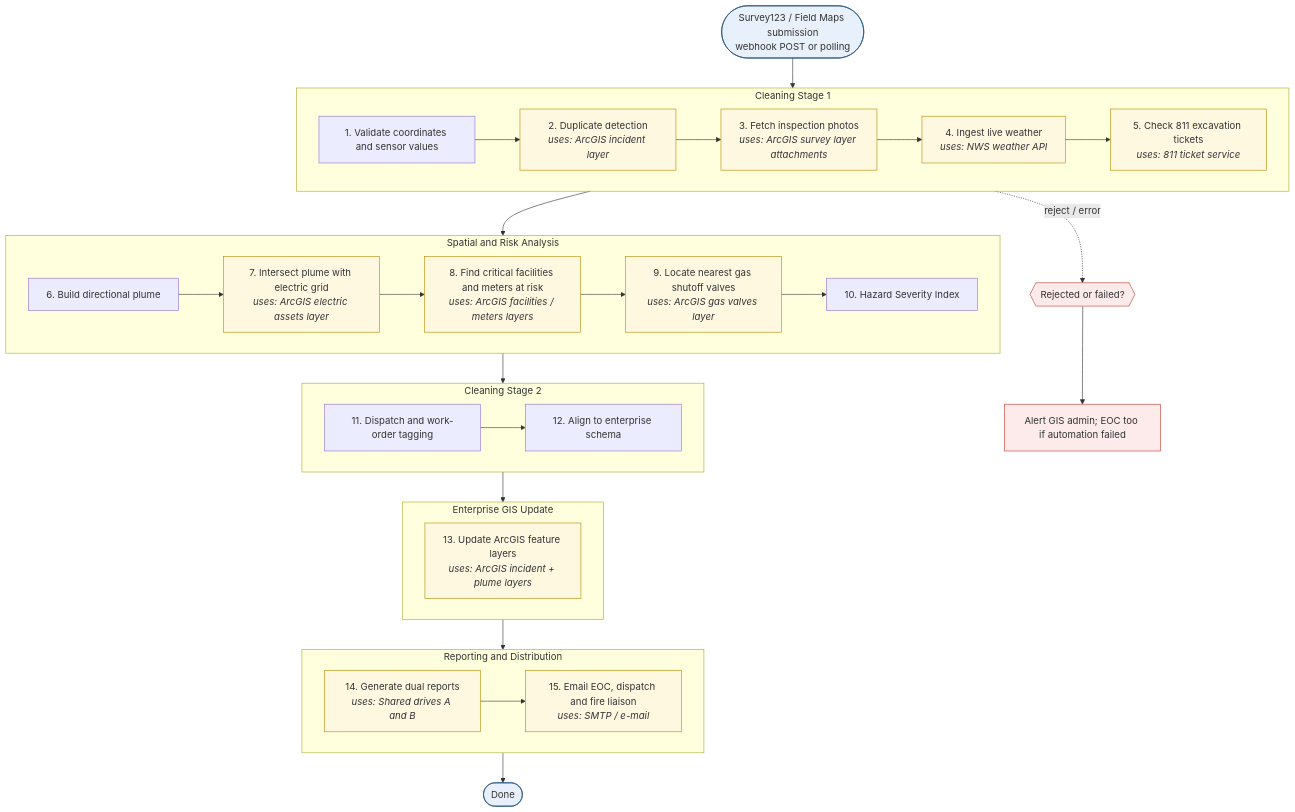
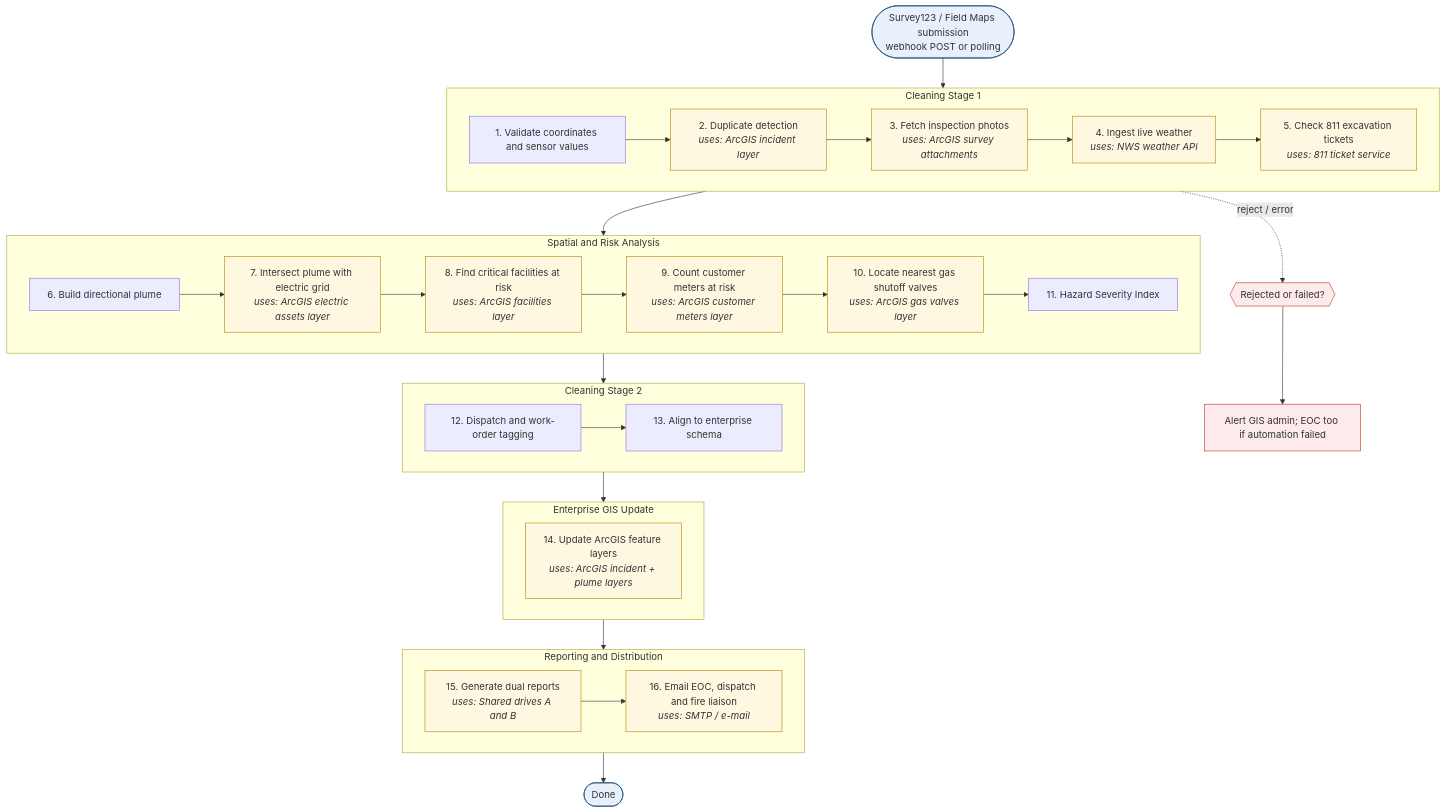
Before and after one commit to matthew-lottly/Esri-Automation-and-Processing-Scripts: the diagram in products/gas-electric-leak-response/README.md, drawn with Mermaid. The commit also changed other lines of this file and 79 other files, not shown here.

First line of the commit message:
Jinja2 report templates, zoomed submission map, animated diagrams, OOP pass

````diff
--- a/products/gas-electric-leak-response/README.md
+++ b/products/gas-electric-leak-response/README.md
@@ -58,51 +74,52 @@
 ```mermaid
 flowchart TD
   T(["Survey123 / Field Maps submission<br/>webhook POST or polling"]):::trigger
   subgraph G0["Cleaning Stage 1"]
     direction LR
     S0["1. Validate coordinates and sensor values"]
     S1["2. Duplicate detection<br/><i>uses: ArcGIS incident layer</i>"]:::ext
-    S2["3. Fetch inspection photos<br/><i>uses: ArcGIS survey layer attachments</i>"]:::ext
+    S2["3. Fetch inspection photos<br/><i>uses: ArcGIS survey attachments</i>"]:::ext
     S3["4. Ingest live weather<br/><i>uses: NWS weather API</i>"]:::ext
     S4["5. Check 811 excavation tickets<br/><i>uses: 811 ticket service</i>"]:::ext
     S0 --> S1 --> S2 --> S3 --> S4
   end
   subgraph G1["Spatial and Risk Analysis"]
     direction LR
     S5["6. Build directional plume"]
     S6["7. Intersect plume with electric grid<br/><i>uses: ArcGIS electric assets layer</i>"]:::ext
-    S7["8. Find critical facilities and meters at risk<br/><i>uses: ArcGIS facilities / meters layers</i>"]:::ext
-    S8["9. Locate nearest gas shutoff valves<br/><i>uses: ArcGIS gas valves layer</i>"]:::ext
-    S9["10. Hazard Severity Index"]
-    S5 --> S6 --> S7 --> S8 --> S9
+    S7["8. Find critical facilities at risk<br/><i>uses: ArcGIS facilities layer</i>"]:::ext
+    S8["9. Count customer meters at risk<br/><i>uses: ArcGIS customer meters layer</i>"]:::ext
+    S9["10. Locate nearest gas shutoff valves<br/><i>uses: ArcGIS gas valves layer</i>"]:::ext
+    S10["11. Hazard Severity Index"]
+    S5 --> S6 --> S7 --> S8 --> S9 --> S10
   end
   subgraph G2["Cleaning Stage 2"]
     direction LR
-    S10["11. Dispatch and work-order tagging"]
-    S11["12. Align to enterprise schema"]
-    S10 --> S11
+    S11["12. Dispatch and work-order tagging"]
+    S12["13. Align to enterprise schema"]
+    S11 --> S12
   end
   subgraph G3["Enterprise GIS Update"]
     direction LR
-    S12["13. Update ArcGIS feature layers<br/><i>uses: ArcGIS incident + plume layers</i>"]:::ext
+    S13["14. Update ArcGIS feature layers<br/><i>uses: ArcGIS incident + plume layers</i>"]:::ext
   end
   subgraph G4["Reporting and Distribution"]
     direction LR
-    S13["14. Generate dual reports<br/><i>uses: Shared drives A and B</i>"]:::ext
-    S14["15. Email EOC, dispatch and fire liaison<br/><i>uses: SMTP / e-mail</i>"]:::ext
-    S13 --> S14
+    S14["15. Generate dual reports<br/><i>uses: Shared drives A and B</i>"]:::ext
+    S15["16. Email EOC, dispatch and fire liaison<br/><i>uses: SMTP / e-mail</i>"]:::ext
+    S14 --> S15
   end
   T --> S0
   S4 --> S5
-  S9 --> S10
-  S11 --> S12
+  S10 --> S11
   S12 --> S13
+  S13 --> S14
   X{{"Rejected or failed?"}}:::warn
   AL["Alert GIS admin; EOC too if automation failed"]:::warn
   G0 -. reject / error .-> X
   X --> AL
-  S14 --> E([Done]):::trigger
+  S15 --> E([Done]):::trigger
   classDef trigger fill:#e8f1fb,stroke:#1f4e79;
   classDef ext fill:#fff8e1,stroke:#b58900;
   classDef warn fill:#fdeaea,stroke:#c0392b;
 ```
````
